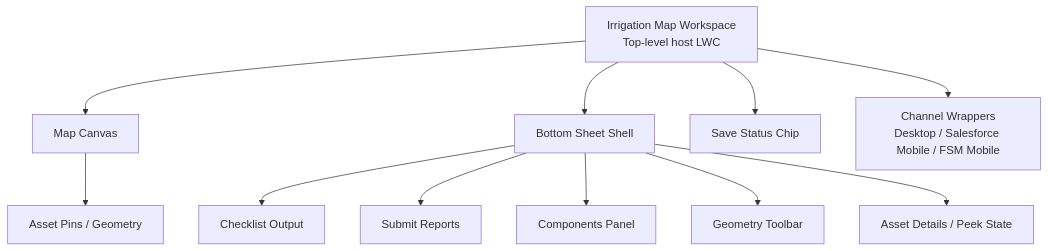
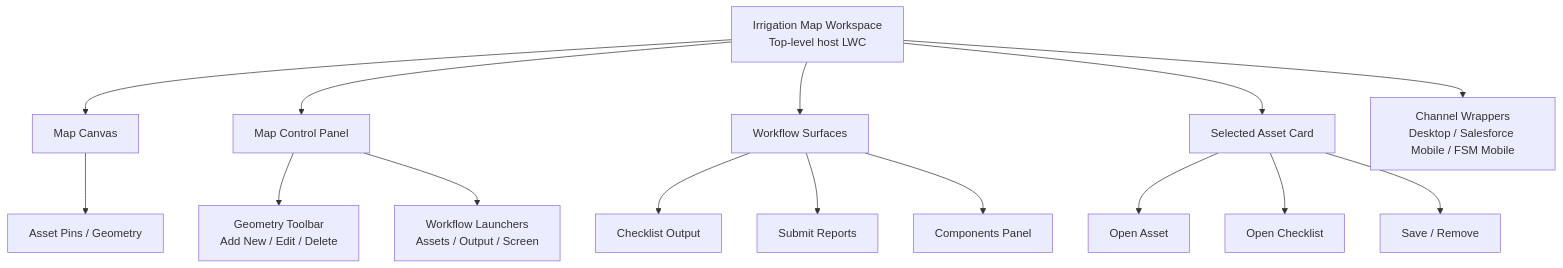
The diagram in requirements/map_lwc_responsive_v1_first_pass.md (greg-e/irrigation), drawn with Mermaid before and after one commit. The commit also changed other lines of this file and 8 other files, not shown here.

````diff
--- a/requirements/map_lwc_responsive_v1_first_pass.md
+++ b/requirements/map_lwc_responsive_v1_first_pass.md
@@ -100,16 +98,22 @@
 ```mermaid
 graph TD
   H[Irrigation Map Workspace<br/>Top-level host LWC]
   H --> M[Map Canvas]
-  H --> B[Bottom Sheet Shell]
-  H --> S[Save Status Chip]
+  H --> C[Map Control Panel]
+  H --> B[Workflow Surfaces]
+  H --> A[Selected Asset Card]
   H --> W[Channel Wrappers<br/>Desktop / Salesforce Mobile / FSM Mobile]
 
-  B --> C[Checklist Output]
+  C --> T[Geometry Toolbar<br/>Add New / Edit / Delete]
+  C --> P[Workflow Launchers<br/>Assets / Output / Screen]
+
+  B --> O[Checklist Output]
   B --> R[Submit Reports]
-  B --> P[Components Panel]
-  B --> T[Geometry Toolbar]
-  B --> D[Asset Details / Peek State]
+  B --> P2[Components Panel]
+
+  A --> D[Open Asset]
+  A --> E[Open Checklist]
+  A --> S[Save / Remove]
 
   M --> L[Asset Pins / Geometry]
 ```
````
